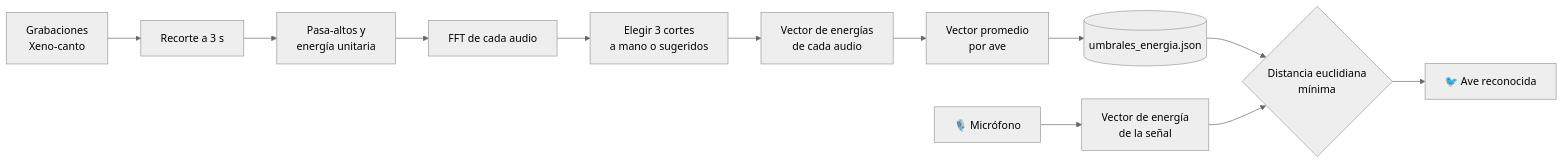
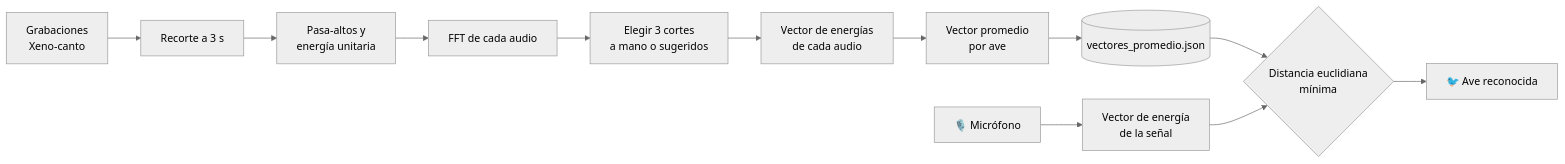
The diagram in README.md (Navarro0k/reconocimiento-de-audio-por-bancos-de-filtros), drawn with Mermaid (neutral theme) before and after one commit. The commit also changed other lines of this file and 4 other files, not shown here.

First line of the commit message:
modelo: el archivo pasa a llamarse vectores_promedio.json

````diff
--- a/README.md
+++ b/README.md
@@ -41,14 +41,14 @@
 ```mermaid
 flowchart LR
     A[Grabaciones<br/>Xeno-canto] --> B[Recorte a 3 s]
     B --> B2[Pasa-altos y<br/>energía unitaria]
     B2 --> C[FFT de cada audio]
     C --> D[Elegir 3 cortes<br/>a mano o sugeridos]
     D --> E[Vector de energías<br/>de cada audio]
     E --> E2[Vector promedio<br/>por ave]
-    E2 --> F[(umbrales_energia.json)]
+    E2 --> F[(vectores_promedio.json)]
     G[🎙️ Micrófono] --> H[Vector de energía<br/>de la señal]
     F --> I{Distancia euclidiana<br/>mínima}
     H --> I
     I --> J[🐦 Ave reconocida]
 ```
````
